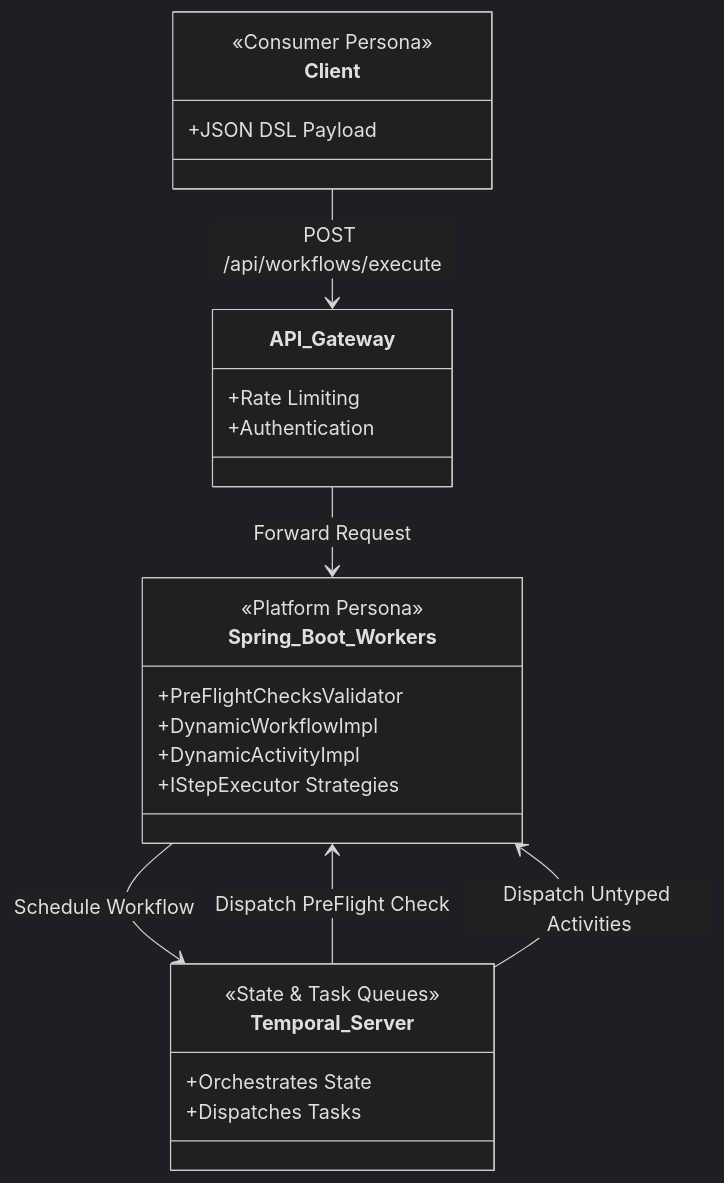
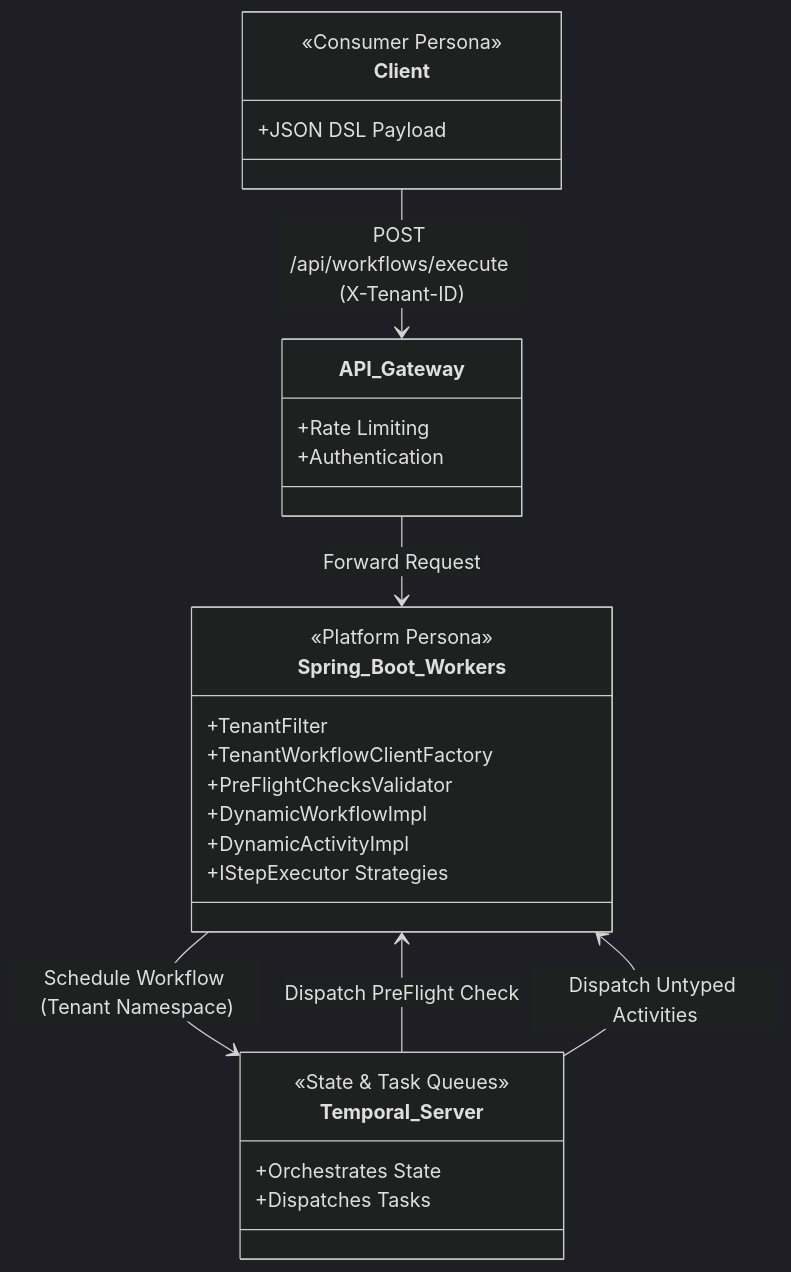
The first of 3 diagrams in dynamic-workflows/docs/architecture.md (Inno-Verse/temporal-projects), drawn with Mermaid (dark theme) before and after one commit. The commit also changed other lines of this file and 1 other file, not shown here.

Commit message:
Update documents with multi-tenancy features

````diff
--- a/dynamic-workflows/docs/architecture.md
+++ b/dynamic-workflows/docs/architecture.md
@@ -35,29 +35,31 @@
 ```mermaid
 classDiagram
     class Client {
         <<Consumer Persona>>
         +JSON DSL Payload
     }
     class API_Gateway {
         +Rate Limiting
         +Authentication
     }
     class Temporal_Server {
         <<State & Task Queues>>
         +Orchestrates State
         +Dispatches Tasks
     }
     class Spring_Boot_Workers {
         <<Platform Persona>>
+        +TenantFilter
+        +TenantWorkflowClientFactory
         +PreFlightChecksValidator
         +DynamicWorkflowImpl
         +DynamicActivityImpl
         +IStepExecutor Strategies
     }
 
-    Client --> API_Gateway : POST /api/workflows/execute
+    Client --> API_Gateway : POST /api/workflows/execute (X-Tenant-ID)
     API_Gateway --> Spring_Boot_Workers : Forward Request
-    Spring_Boot_Workers --> Temporal_Server : Schedule Workflow
+    Spring_Boot_Workers --> Temporal_Server : Schedule Workflow (Tenant Namespace)
     Temporal_Server --> Spring_Boot_Workers : Dispatch PreFlight Check
     Temporal_Server --> Spring_Boot_Workers : Dispatch Untyped Activities
 ```
````
